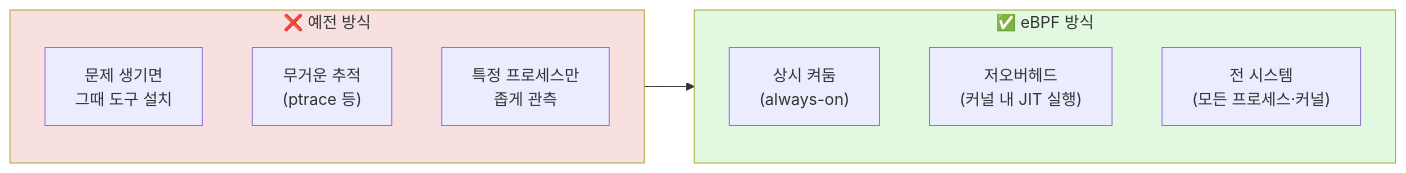
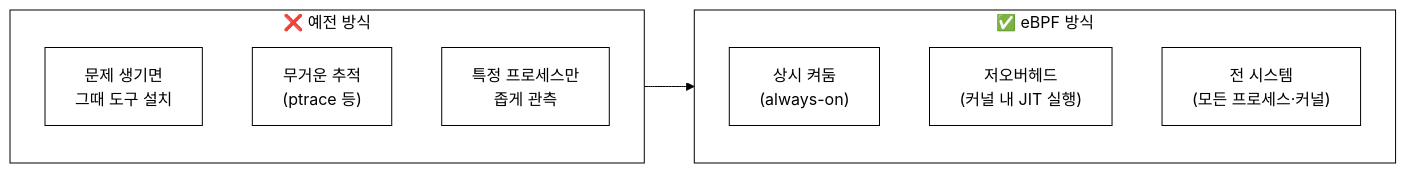
One commit to iamywl/ebpf-lab changed the first of 6 diagrams in docs/lecture/14주차_관측성과_성능분석_프로파일링.md. Above: the diagram before and after it, drawn with Mermaid. The commit also changed other lines of this file and 33 other files, not shown here.

First line of the commit message:
강의자료: 다이어그램 흑백(논문 스타일) 통일 + 실제 실행 스크린샷 삽입

````diff
--- a/docs/lecture/14주차_관측성과_성능분석_프로파일링.md
+++ b/docs/lecture/14주차_관측성과_성능분석_프로파일링.md
@@ -22,16 +22,17 @@
 ```mermaid
+%%{init: {"theme":"base","themeVariables":{"background":"#ffffff","primaryColor":"#ffffff","primaryBorderColor":"#000000","primaryTextColor":"#000000","secondaryColor":"#ffffff","secondaryBorderColor":"#000000","secondaryTextColor":"#000000","tertiaryColor":"#ffffff","tertiaryBorderColor":"#000000","tertiaryTextColor":"#000000","lineColor":"#000000","textColor":"#000000","mainBkg":"#ffffff","secondBkg":"#ffffff","clusterBkg":"#ffffff","clusterBorder":"#000000","edgeLabelBackground":"#ffffff","nodeBorder":"#000000","defaultLinkColor":"#000000","titleColor":"#000000","actorBkg":"#ffffff","actorBorder":"#000000","actorTextColor":"#000000","actorLineColor":"#000000","signalColor":"#000000","signalTextColor":"#000000","labelBoxBkgColor":"#ffffff","labelBoxBorderColor":"#000000","labelTextColor":"#000000","loopTextColor":"#000000","noteBkgColor":"#ffffff","noteBorderColor":"#000000","noteTextColor":"#000000","activationBkgColor":"#ffffff","activationBorderColor":"#000000","sequenceNumberColor":"#000000","cScale0":"#ffffff","cScale1":"#ffffff","cScale2":"#ffffff","cScale3":"#ffffff","cScale4":"#ffffff","cScale5":"#ffffff","cScale6":"#ffffff","cScale7":"#ffffff","cScale8":"#ffffff","cScale9":"#ffffff","cScale10":"#ffffff","cScale11":"#ffffff","cScaleLabel0":"#000000","cScaleLabel1":"#000000","cScaleLabel2":"#000000","cScaleLabel3":"#000000","cScaleLabel4":"#000000","cScaleLabel5":"#000000","cScaleLabel6":"#000000","cScaleLabel7":"#000000","cScaleLabel8":"#000000","cScaleLabel9":"#000000","cScaleLabel10":"#000000","cScaleLabel11":"#000000","pie1":"#ffffff","pie2":"#eeeeee","pie3":"#dddddd","pie4":"#cccccc","fontFamily":"Georgia, serif"}}}%%
 flowchart LR
     subgraph Old["❌ 예전 방식"]
         O1["문제 생기면\n그때 도구 설치"]
         O2["무거운 추적\n(ptrace 등)"]
         O3["특정 프로세스만\n좁게 관측"]
     end
     subgraph New["✅ eBPF 방식"]
         N1["상시 켜둠\n(always-on)"]
         N2["저오버헤드\n(커널 내 JIT 실행)"]
         N3["전 시스템\n(모든 프로세스·커널)"]
     end
     Old --> New
-    style Old fill:#f9e0e0
-    style New fill:#e0f9e0
+    style Old fill:#ffffff
+    style New fill:#ffffff
 ```
````
